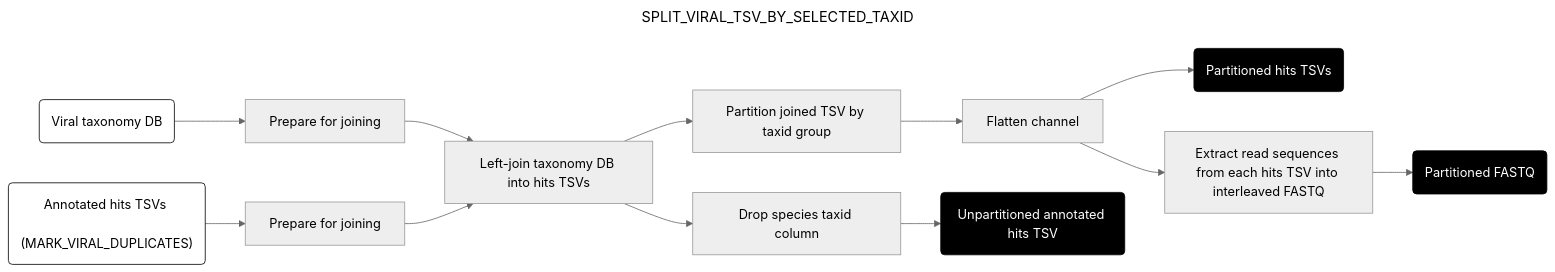
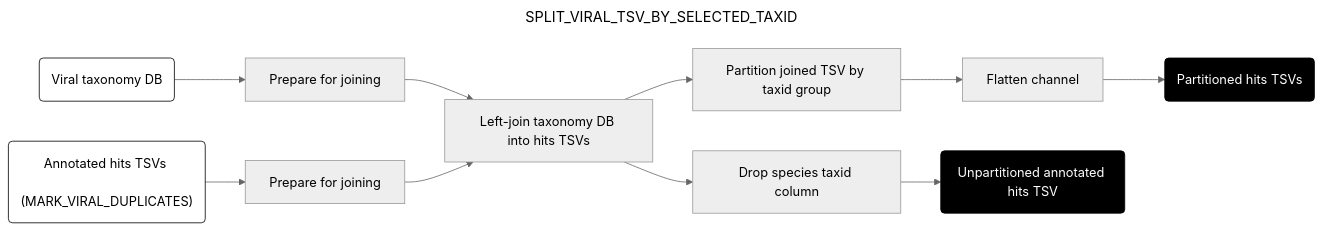
The sixth of 10 diagrams in docs/downstream.md (securebio/nao-mgs-workflow), drawn with Mermaid (neutral theme) before and after one commit. The commit also changed other lines of this file and 32 other files, not shown here.

````diff
--- a/docs/downstream.md
+++ b/docs/downstream.md
@@ -340,24 +340,21 @@
 ```mermaid
 ---
 title: SPLIT_VIRAL_TSV_BY_SELECTED_TAXID
 config:
   layout: horizontal
 ---
 flowchart LR
 A("Viral taxonomy DB") --> B[Prepare for joining]
 C("Annotated hits TSVs <br> (MARK_VIRAL_DUPLICATES)") --> D[Prepare for joining]
 B --> E[Left-join taxonomy DB into hits TSVs]
 D --> E
 E --> F[Partition joined TSV by taxid group]
 F --> G[Flatten channel]
-G --> H(Partitioned hits TSVs)
-G --> I[Extract read sequences from each hits TSV into interleaved FASTQ]
-I --> J(Partitioned FASTQ)
 E --> K[Drop species taxid column]
 K --> L(Unpartitioned annotated hits TSV)
+G --> H(Partitioned hits TSVs)
 style A fill:#fff,stroke:#000
 style C fill:#fff,stroke:#000
 style H fill:#000,color:#fff,stroke:#000
-style J fill:#000,color:#fff,stroke:#000
 style L fill:#000,color:#fff,stroke:#000
 ```
````
